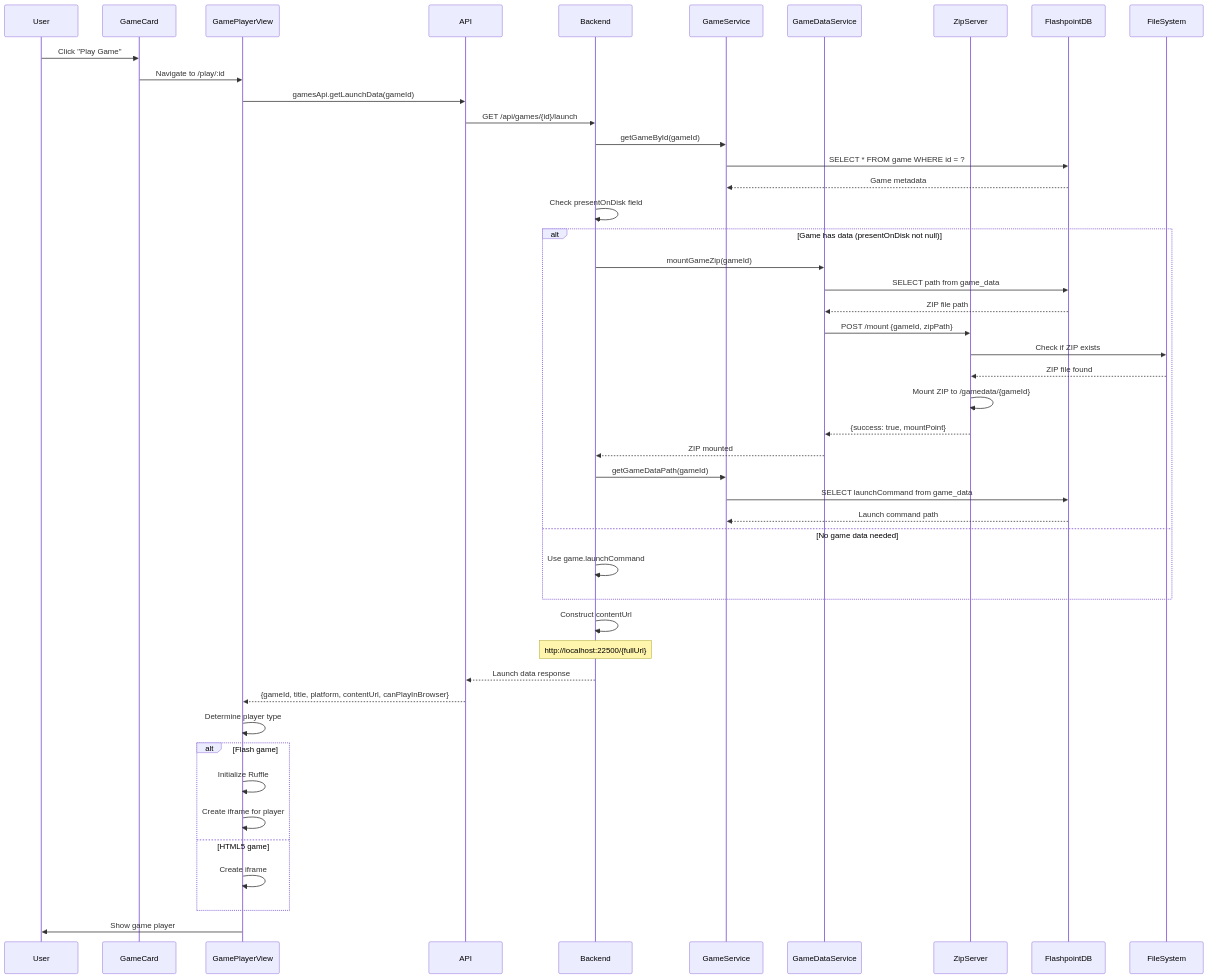
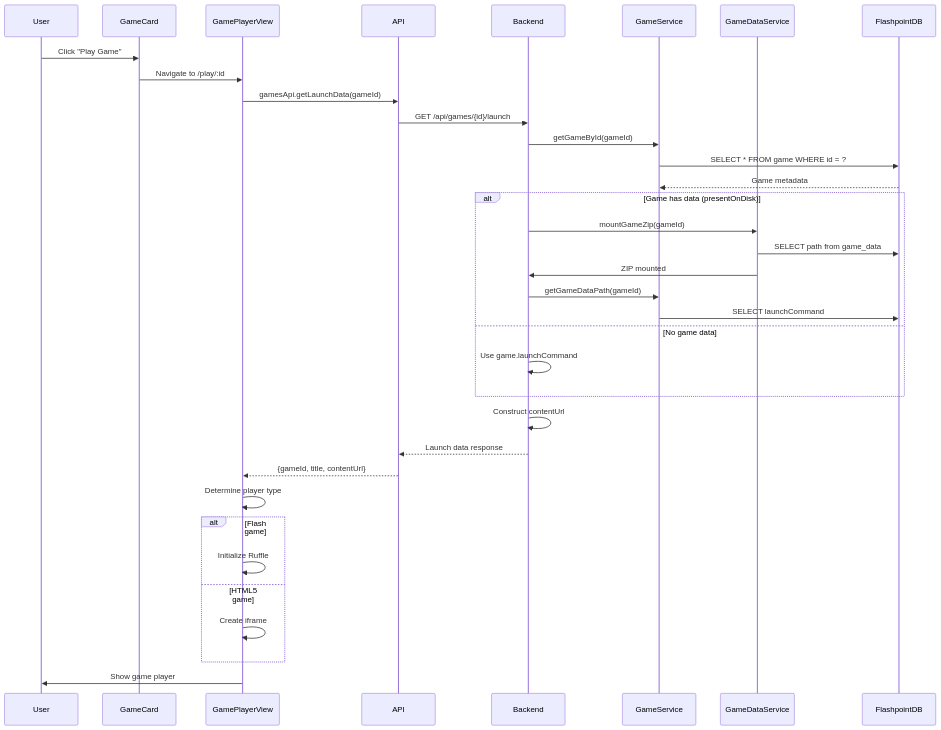
The second of 6 diagrams in docs/02-architecture/game-launch-flow.md (darkraise/flashpoint-web), drawn with Mermaid before and after one commit. The commit also changed other lines of this file and 98 other files, not shown here.

````diff
--- a/docs/02-architecture/game-launch-flow.md
+++ b/docs/02-architecture/game-launch-flow.md
@@ -60,62 +58,45 @@
 ```mermaid
 sequenceDiagram
     participant User
     participant GameCard
     participant GamePlayerView
     participant API
     participant Backend
     participant GameService
     participant GameDataService
-    participant ZipServer
     participant FlashpointDB
-    participant FileSystem
 
     User->>GameCard: Click "Play Game"
     GameCard->>GamePlayerView: Navigate to /play/:id
 
     GamePlayerView->>API: gamesApi.getLaunchData(gameId)
     API->>Backend: GET /api/games/{id}/launch
 
     Backend->>GameService: getGameById(gameId)
     GameService->>FlashpointDB: SELECT * FROM game WHERE id = ?
     FlashpointDB-->>GameService: Game metadata
 
-    Backend->>Backend: Check presentOnDisk field
-
-    alt Game has data (presentOnDisk not null)
+    alt Game has data (presentOnDisk)
         Backend->>GameDataService: mountGameZip(gameId)
         GameDataService->>FlashpointDB: SELECT path from game_data
-        FlashpointDB-->>GameDataService: ZIP file path
-
-        GameDataService->>ZipServer: POST /mount {gameId, zipPath}
-        ZipServer->>FileSystem: Check if ZIP exists
-        FileSystem-->>ZipServer: ZIP file found
-
-        ZipServer->>ZipServer: Mount ZIP to /gamedata/{gameId}
-        ZipServer-->>GameDataService: {success: true, mountPoint}
-        GameDataService-->>Backend: ZIP mounted
+        GameDataService->>Backend: ZIP mounted
 
         Backend->>GameService: getGameDataPath(gameId)
-        GameService->>FlashpointDB: SELECT launchCommand from game_data
-        FlashpointDB-->>GameService: Launch command path
-    else No game data needed
+        GameService->>FlashpointDB: SELECT launchCommand
+    else No game data
         Backend->>Backend: Use game.launchCommand
     end
 
     Backend->>Backend: Construct contentUrl
-    Note over Backend: http://localhost:22500/{fullUrl}
-
     Backend-->>API: Launch data response
-    API-->>GamePlayerView: {gameId, title, platform, contentUrl, canPlayInBrowser}
+    API-->>GamePlayerView: {gameId, title, contentUrl}
 
     GamePlayerView->>GamePlayerView: Determine player type
-
     alt Flash game
         GamePlayerView->>GamePlayerView: Initialize Ruffle
-        GamePlayerView->>GamePlayerView: Create iframe for player
     else HTML5 game
         GamePlayerView->>GamePlayerView: Create iframe
     end
 
     GamePlayerView->>User: Show game player
 ```
````
